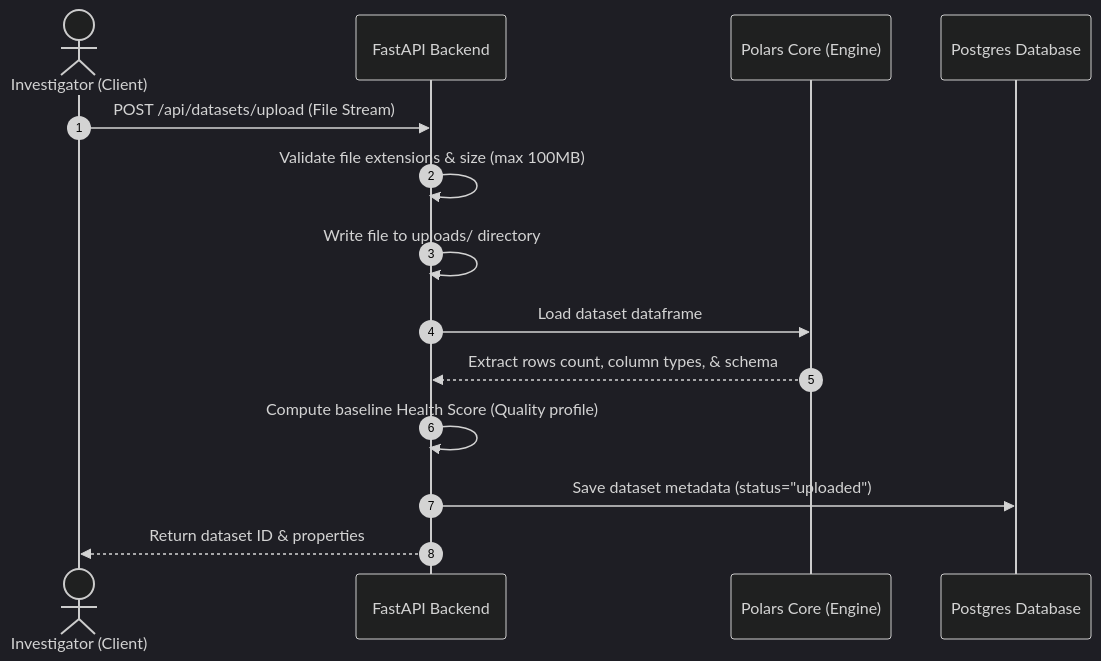
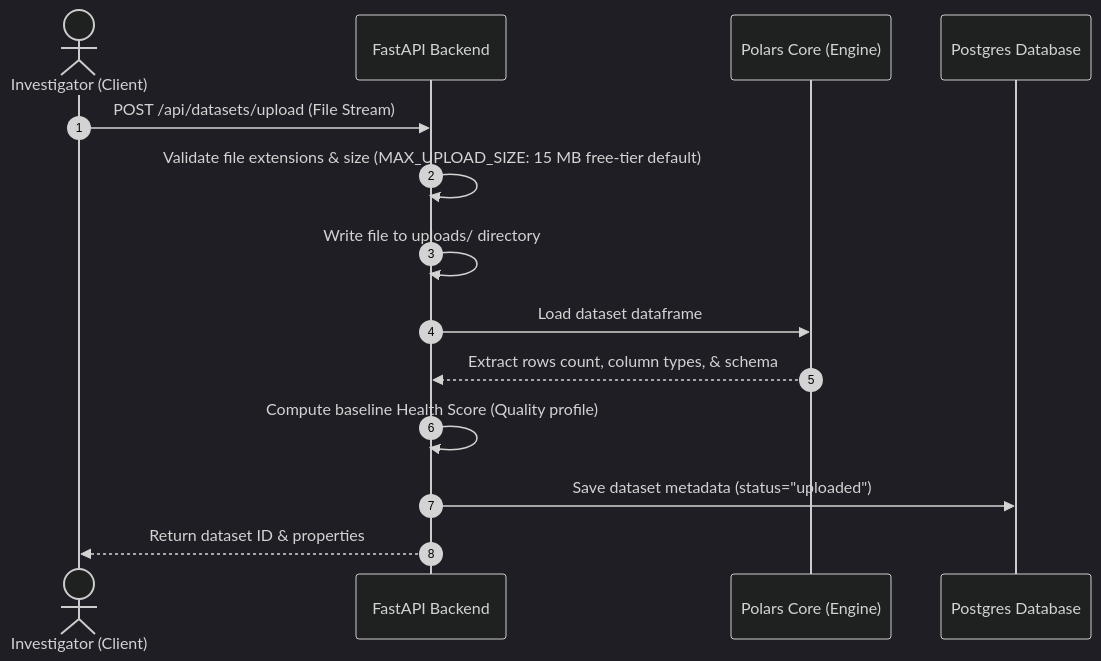
The second of 5 diagrams in docs/ARCHITECTURE.md (mannaxsara/detective-ai), drawn with Mermaid (dark theme) before and after one commit. The commit also changed other lines of this file and 45 other files, not shown here.

````diff
--- a/docs/ARCHITECTURE.md
+++ b/docs/ARCHITECTURE.md
@@ -22,17 +22,17 @@
 ```mermaid
 sequenceDiagram
     autonumber
     actor User as Investigator (Client)
     participant API as FastAPI Backend
     participant Polars as Polars Core (Engine)
     participant DB as Postgres Database
     
     User->>API: POST /api/datasets/upload (File Stream)
-    API->>API: Validate file extensions & size (max 100MB)
+    API->>API: Validate file extensions & size (MAX_UPLOAD_SIZE: 15 MB free-tier default)
     API->>API: Write file to uploads/ directory
     API->>Polars: Load dataset dataframe
     Polars-->>API: Extract rows count, column types, & schema
     API->>API: Compute baseline Health Score (Quality profile)
     API->>DB: Save dataset metadata (status="uploaded")
     API-->>User: Return dataset ID & properties
 ```
````
